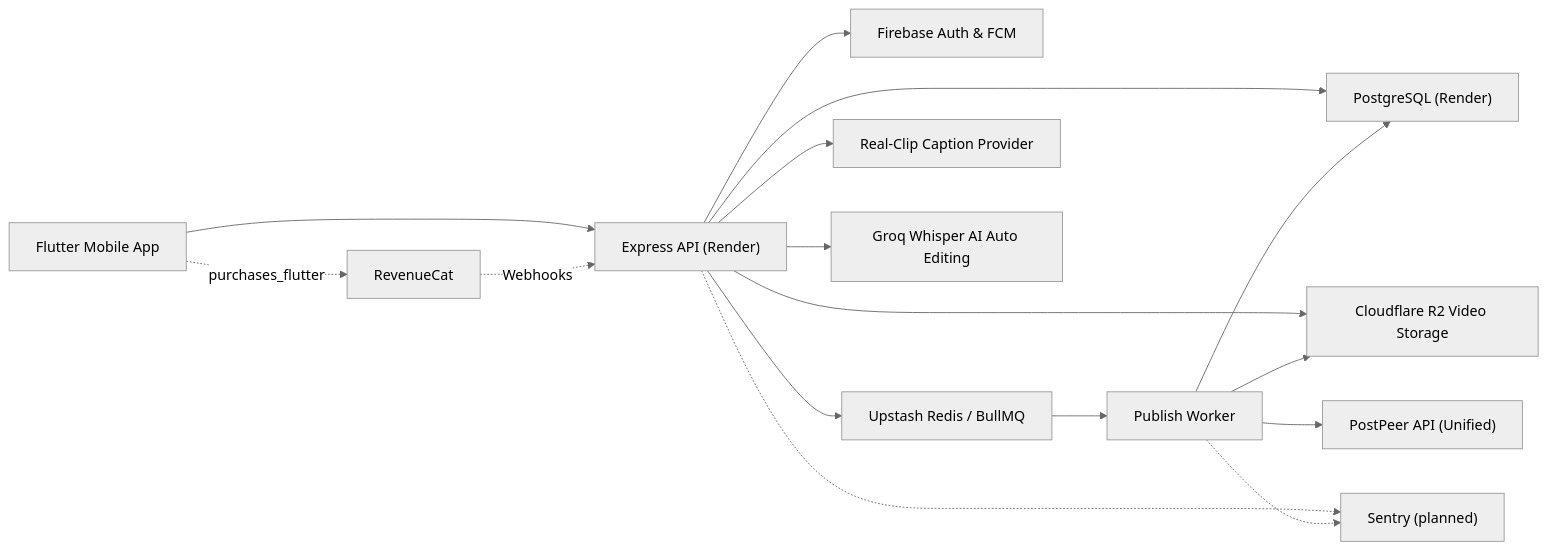
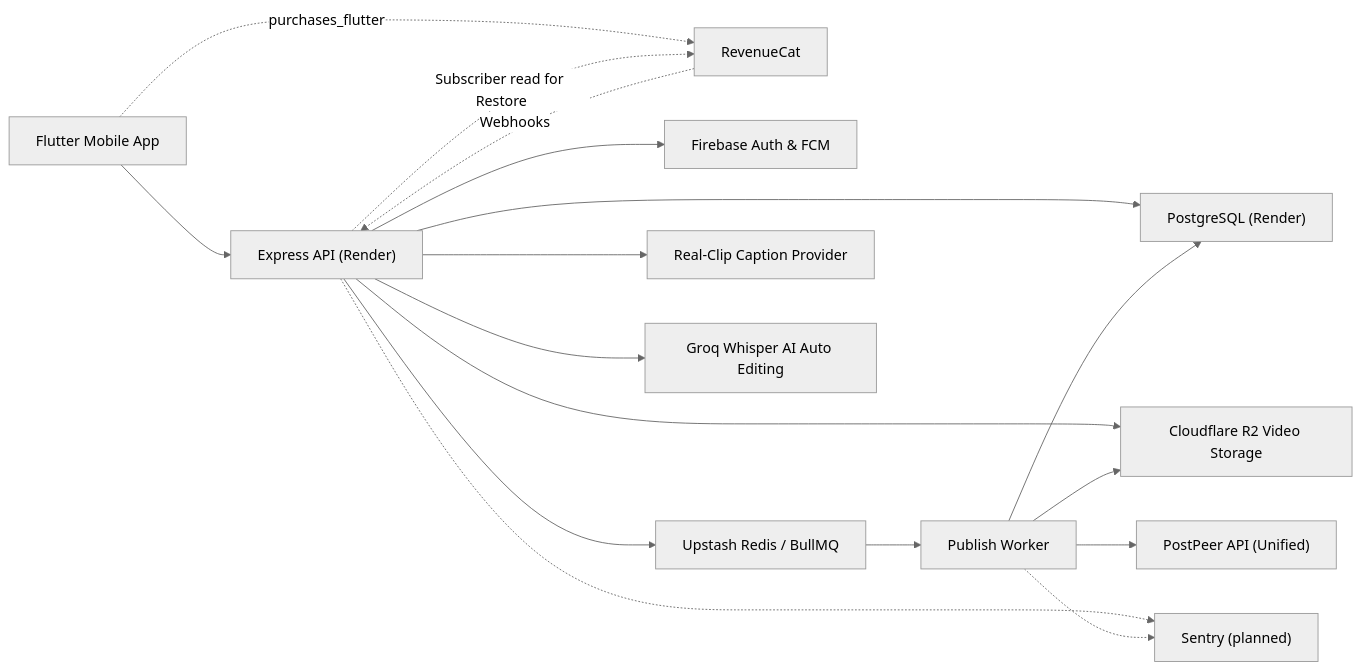
The first of 8 diagrams in ARCHITECTURE.md (NOI56/PostDeeMobile), drawn with Mermaid (neutral theme) before and after one commit. The commit also changed other lines of this file and 37 other files, not shown here.

````diff
--- a/ARCHITECTURE.md
+++ b/ARCHITECTURE.md
@@ -31,18 +31,19 @@
 ```mermaid
 flowchart LR
   Mobile["Flutter Mobile App"] --> API["Express API (Render)"]
   Mobile -.->|purchases_flutter| RC["RevenueCat"]
   RC -.->|Webhooks| API
+  API -.->|Subscriber read for Restore| RC
   API --> Auth["Firebase Auth & FCM"]
   API --> DB["PostgreSQL (Render)"]
   API --> Storage["Cloudflare R2 Video Storage"]
   API --> Queue["Upstash Redis / BullMQ"]
   API --> Captions["Real-Clip Caption Provider"]
   API --> Editing["Groq Whisper AI Auto Editing"]
   Queue --> Worker["Publish Worker"]
   Worker --> Social["PostPeer API (Unified)"]
   Worker --> Storage
   Worker --> DB
   API -.-> PlannedSentry["Sentry (planned)"]
   Worker -.-> PlannedSentry
 ```
````
